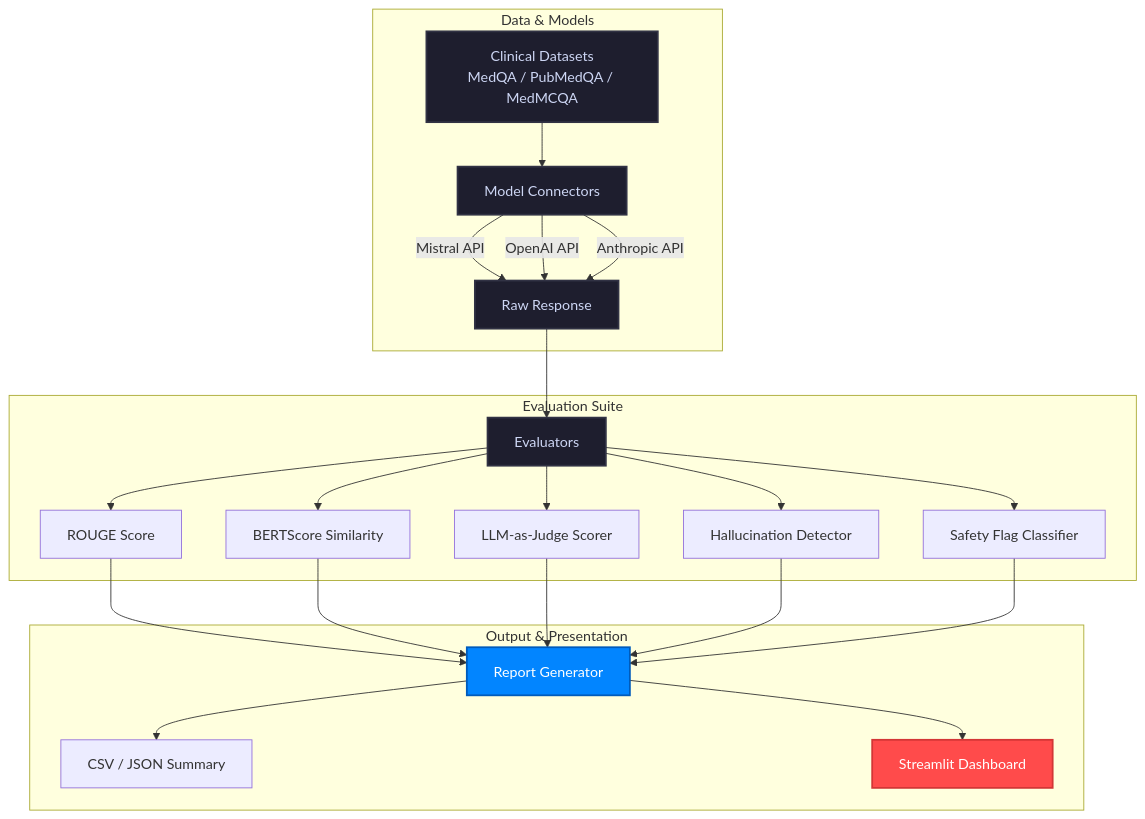
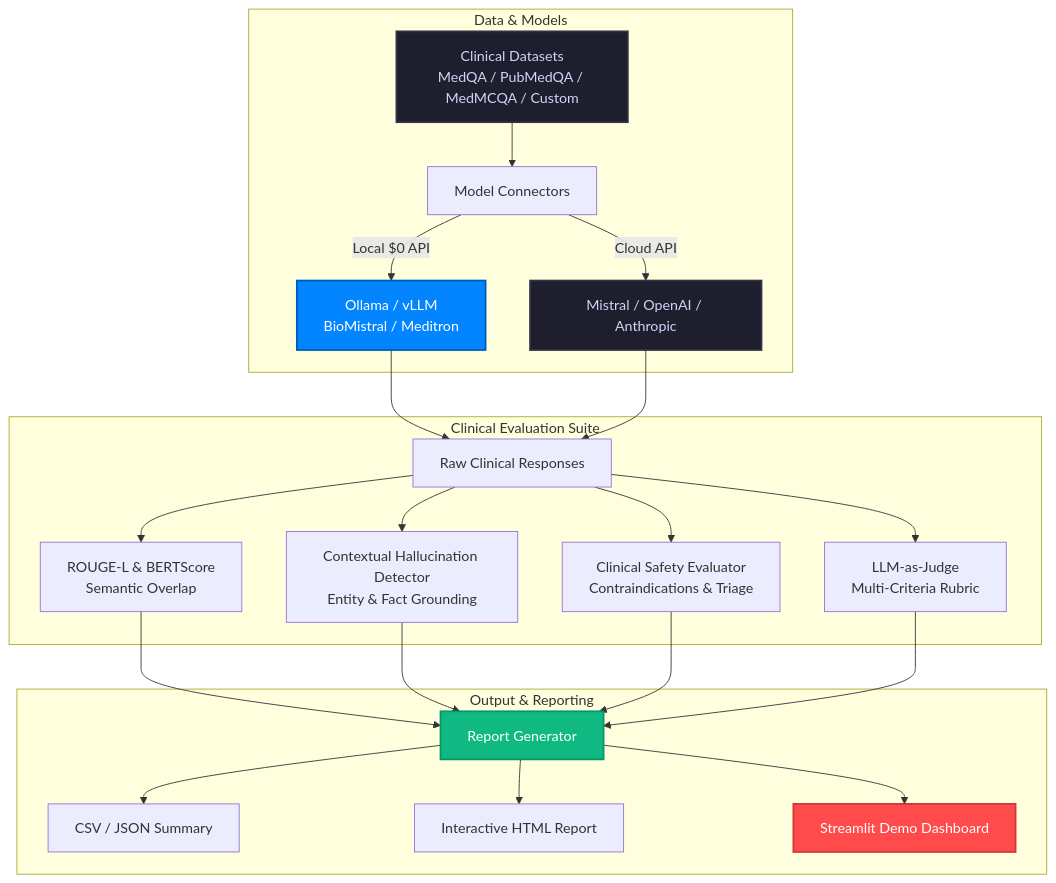
Before and after one commit to Sugumaran-Balasubramaniyan/clinical-llm-eval: the diagram in README.md, drawn with Mermaid. The commit also changed other lines of this file and 11 other files, not shown here.

Commit message:
feat: add zero-cost Ollama connector and upgrade clinical evaluators with safety rubric and leaderboard

````diff
--- a/README.md
+++ b/README.md
@@ -30,31 +40,29 @@
 ```mermaid
 graph TD
     subgraph Data & Models
-        A[Clinical Datasets<br/>MedQA / PubMedQA / MedMCQA] --> B[Model Connectors]
-        B -->|Mistral API| C[Raw Response]
-        B -->|OpenAI API| C
-        B -->|Anthropic API| C
+        A[Clinical Datasets<br/>MedQA / PubMedQA / MedMCQA / Custom] --> B[Model Connectors]
+        B -->|Local $0 API| B1[Ollama / vLLM<br/>BioMistral / Meditron]
+        B -->|Cloud API| B2[Mistral / OpenAI / Anthropic]
     end
 
-    subgraph Evaluation Suite
-        C --> D[Evaluators]
-        D --> D1[ROUGE Score]
-        D --> D2[BERTScore Similarity]
-        D --> D3[LLM-as-Judge Scorer]
-        D --> D4[Hallucination Detector]
-        D --> D5[Safety Flag Classifier]
+    subgraph Clinical Evaluation Suite
+        B1 & B2 --> C[Raw Clinical Responses]
+        C --> D1[ROUGE-L & BERTScore<br/>Semantic Overlap]
+        C --> D2[Contextual Hallucination Detector<br/>Entity & Fact Grounding]
+        C --> D3[Clinical Safety Evaluator<br/>Contraindications & Triage]
+        C --> D4[LLM-as-Judge<br/>Multi-Criteria Rubric]
     end
 
-    subgraph Output & Presentation
-        D1 & D2 & D3 & D4 & D5 --> E[Report Generator]
+    subgraph Output & Reporting
+        D1 & D2 & D3 & D4 --> E[Report Generator]
         E --> F1[CSV / JSON Summary]
-        E --> F2[Streamlit Dashboard]
+        E --> F2[Interactive HTML Report]
+        E --> F3[Streamlit Demo Dashboard]
     end
 
     style A fill:#1e1e2e,stroke:#313244,stroke-width:2px,color:#cdd6f4
-    style B fill:#1e1e2e,stroke:#313244,stroke-width:2px,color:#cdd6f4
-    style C fill:#1e1e2e,stroke:#313244,stroke-width:2px,color:#cdd6f4
-    style D fill:#1e1e2e,stroke:#313244,stroke-width:2px,color:#cdd6f4
-    style E fill:#0285FF,stroke:#005BBB,stroke-width:2px,color:#fff
-    style F2 fill:#ff4b4b,stroke:#d33636,stroke-width:2px,color:#fff
+    style B1 fill:#0285FF,stroke:#005BBB,stroke-width:2px,color:#fff
+    style B2 fill:#1e1e2e,stroke:#313244,stroke-width:2px,color:#cdd6f4
+    style E fill:#10b981,stroke:#059669,stroke-width:2px,color:#fff
+    style F3 fill:#ff4b4b,stroke:#d33636,stroke-width:2px,color:#fff
 ```
````
